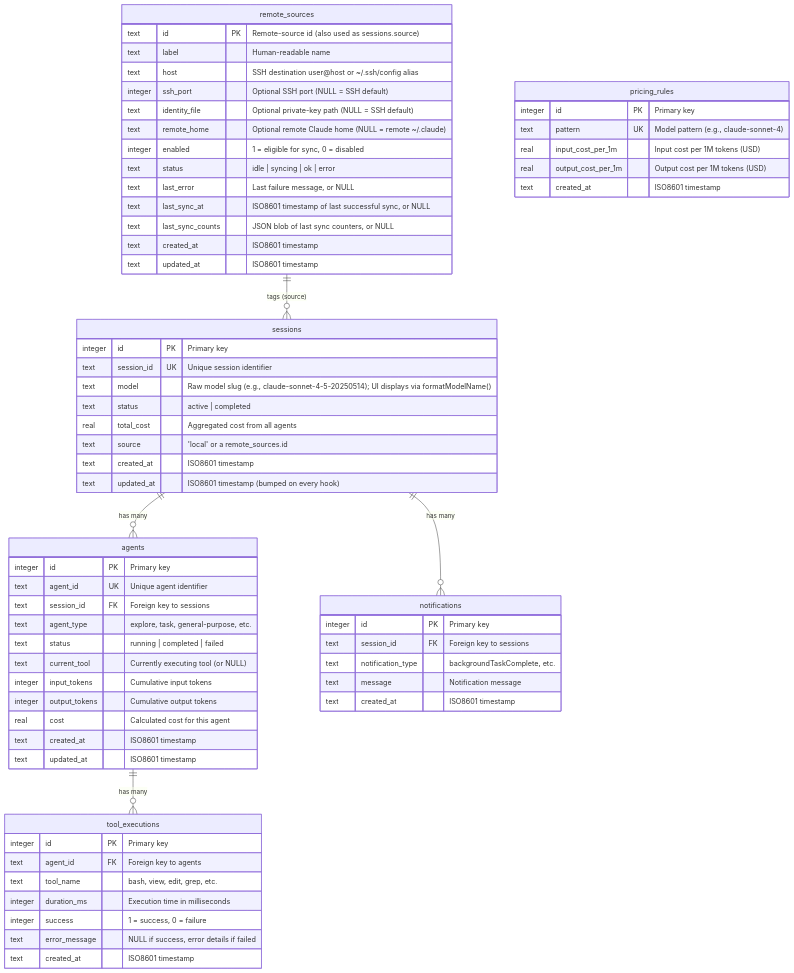
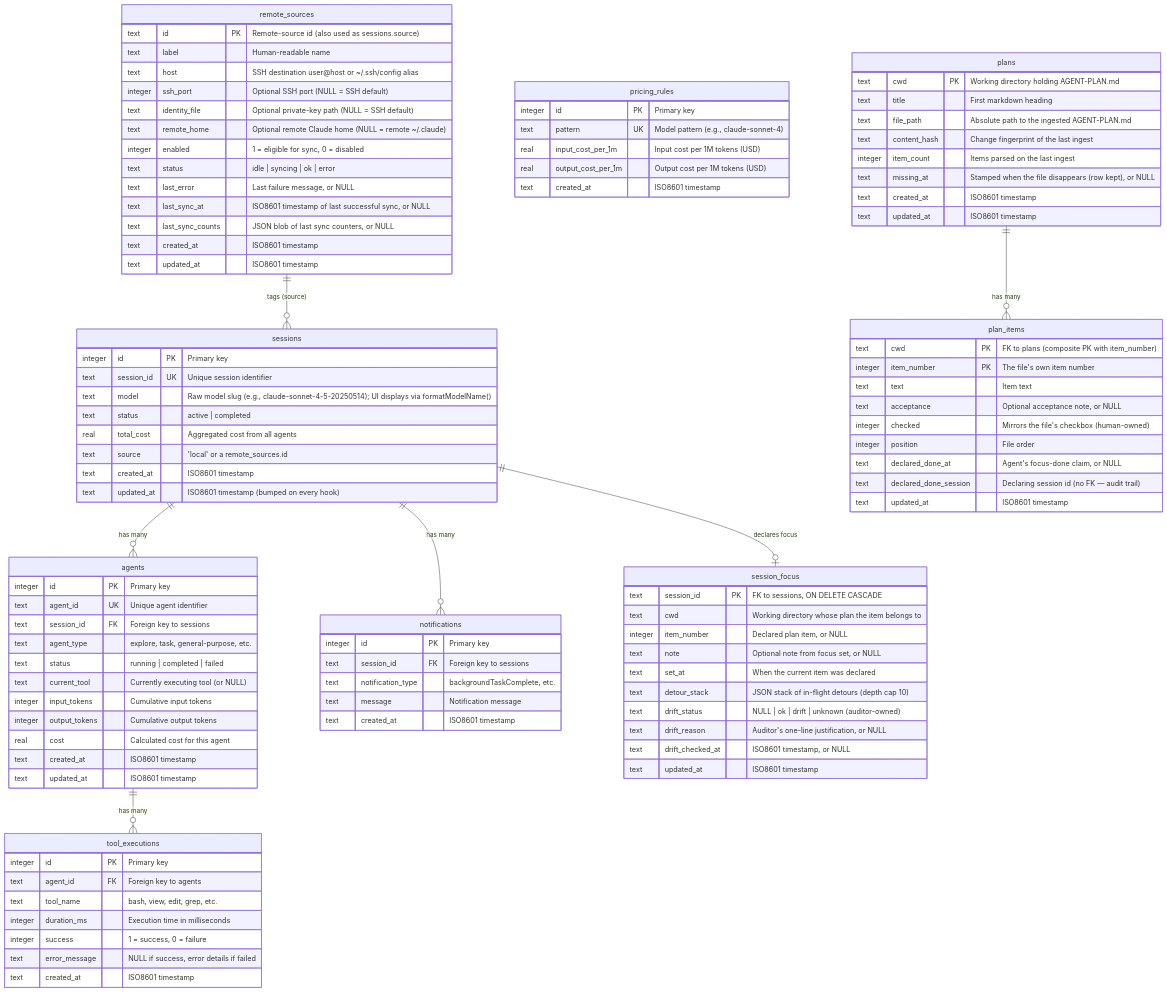
The second of 11 diagrams in docs/DATABASE.md (hoangsonww/Claude-Code-Agent-Monitor), drawn with Mermaid before and after one commit. The commit also changed other lines of this file and 42 other files, not shown here.

First line of the commit message:
feat(plans): finish plan-aware monitoring UI/docs; wip expensive-model quips

````diff
--- a/docs/DATABASE.md
+++ b/docs/DATABASE.md
@@ -147,4 +147,43 @@
         text created_at "ISO8601 timestamp"
         text updated_at "ISO8601 timestamp"
     }
+
+    plans ||--o{ plan_items : "has many"
+    sessions ||--o| session_focus : "declares focus"
+
+    plans {
+        text cwd PK "Working directory holding AGENT-PLAN.md"
+        text title "First markdown heading"
+        text file_path "Absolute path to the ingested AGENT-PLAN.md"
+        text content_hash "Change fingerprint of the last ingest"
+        integer item_count "Items parsed on the last ingest"
+        text missing_at "Stamped when the file disappears (row kept), or NULL"
+        text created_at "ISO8601 timestamp"
+        text updated_at "ISO8601 timestamp"
+    }
+
+    plan_items {
+        text cwd PK "FK to plans (composite PK with item_number)"
+        integer item_number PK "The file's own item number"
+        text text "Item text"
+        text acceptance "Optional acceptance note, or NULL"
+        integer checked "Mirrors the file's checkbox (human-owned)"
+        integer position "File order"
+        text declared_done_at "Agent's focus-done claim, or NULL"
+        text declared_done_session "Declaring session id (no FK — audit trail)"
+        text updated_at "ISO8601 timestamp"
+    }
+
+    session_focus {
+        text session_id PK "FK to sessions, ON DELETE CASCADE"
+        text cwd "Working directory whose plan the item belongs to"
+        integer item_number "Declared plan item, or NULL"
+        text note "Optional note from focus set, or NULL"
+        text set_at "When the current item was declared"
+        text detour_stack "JSON stack of in-flight detours (depth cap 10)"
+        text drift_status "NULL | ok | drift | unknown (auditor-owned)"
+        text drift_reason "Auditor's one-line justification, or NULL"
+        text drift_checked_at "ISO8601 timestamp, or NULL"
+        text updated_at "ISO8601 timestamp"
+    }
 ```
````
